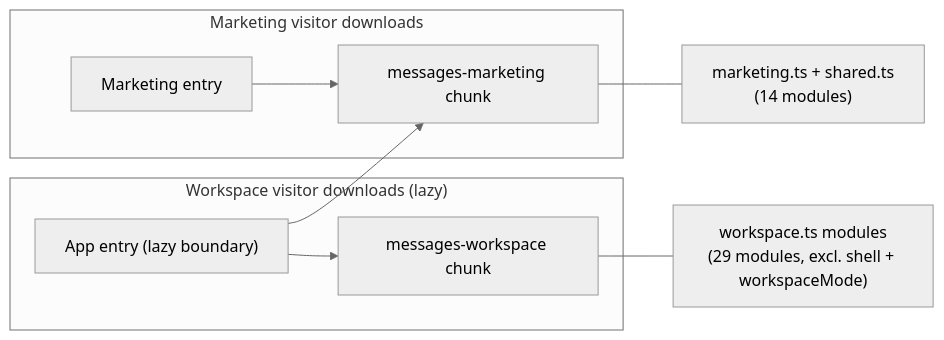
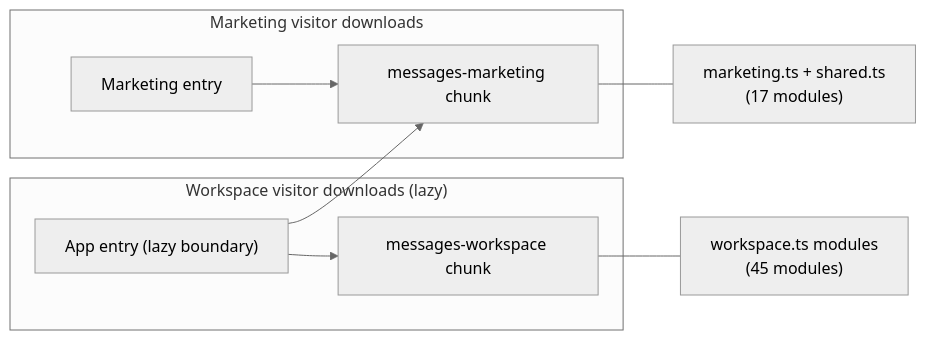
One commit to Dutiva-Canada/Dutiva_Web changed the fourth of 4 diagrams in docs/wiki/Message-Catalogue-Organization-Scope-Enforcement.md. Above: the diagram before and after it, drawn with Mermaid (neutral theme). The commit also changed other lines of this file and 84 other files, not shown here.

````diff
--- a/docs/wiki/Message-Catalogue-Organization-Scope-Enforcement.md
+++ b/docs/wiki/Message-Catalogue-Organization-Scope-Enforcement.md
@@ -375,19 +375,19 @@
 ```mermaid
 flowchart LR
     subgraph "Marketing visitor downloads"
         MK_CHUNK["messages-marketing chunk"]
         MK_ENTRY["Marketing entry"]
     end
 
     subgraph "Workspace visitor downloads (lazy)"
         WS_CHUNK["messages-workspace chunk"]
         WS_ENTRY["App entry (lazy boundary)"]
     end
 
     MK_ENTRY --> MK_CHUNK
     WS_ENTRY --> WS_CHUNK
     WS_ENTRY --> MK_CHUNK
 
-    MK_CHUNK --- MK_CONTENT["marketing.ts + shared.ts\n(14 modules)"]
-    WS_CHUNK --- WS_CONTENT["workspace.ts modules\n(29 modules, excl. shell + workspaceMode)"]
+    MK_CHUNK --- MK_CONTENT["marketing.ts + shared.ts\n(17 modules)"]
+    WS_CHUNK --- WS_CONTENT["workspace.ts modules\n(45 modules)"]
 ```
````
